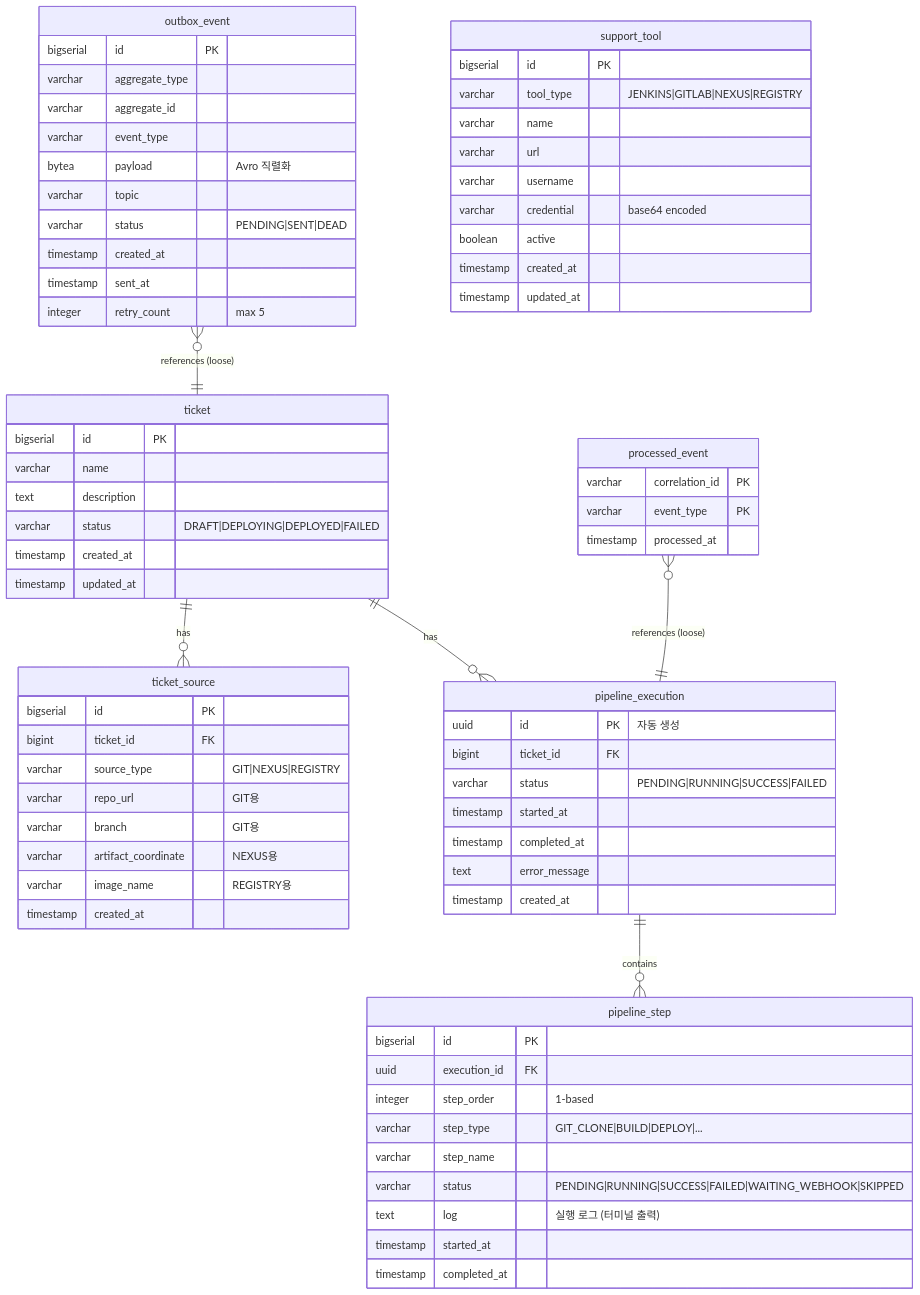
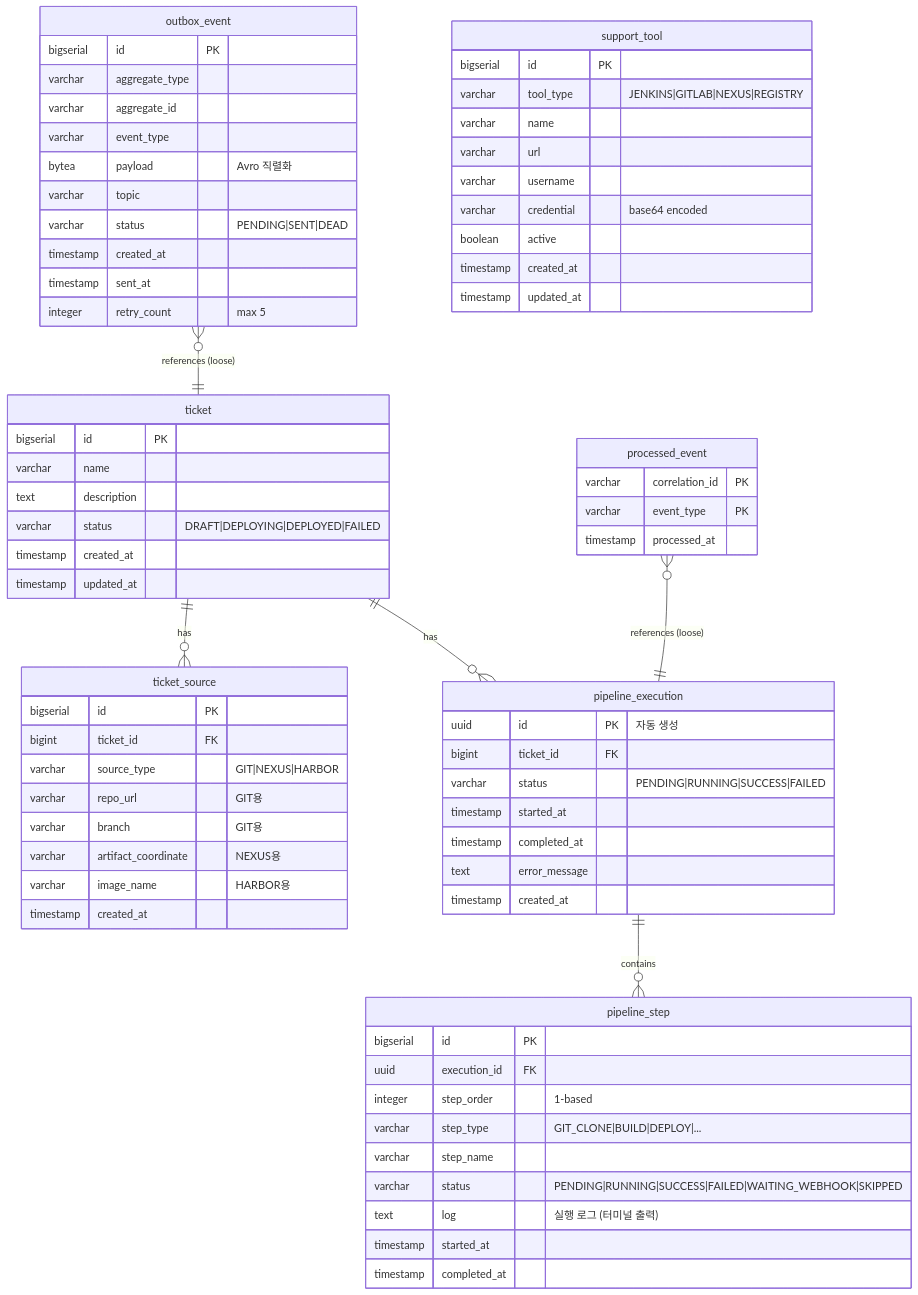
One commit to scofe97/Redpanda-PlayGround changed the diagram in docs/guide/project-deep-dive.md. Above: the diagram before and after it, drawn with Mermaid. The commit also changed other lines of this file, not shown here.

Commit message:
docs: Codex 리뷰 피드백 반영 (SourceType, 포트, Avro 스키마 정확성)

````diff
--- a/docs/guide/project-deep-dive.md
+++ b/docs/guide/project-deep-dive.md
@@ -93,81 +93,81 @@
 ```mermaid
 erDiagram
     ticket ||--o{ ticket_source : "has"
     ticket ||--o{ pipeline_execution : "has"
     pipeline_execution ||--o{ pipeline_step : "contains"
     outbox_event }o--|| ticket : "references (loose)"
     processed_event }o--|| pipeline_execution : "references (loose)"
 
     ticket {
         bigserial id PK
         varchar name
         text description
         varchar status "DRAFT|DEPLOYING|DEPLOYED|FAILED"
         timestamp created_at
         timestamp updated_at
     }
 
     ticket_source {
         bigserial id PK
         bigint ticket_id FK
-        varchar source_type "GIT|NEXUS|REGISTRY"
+        varchar source_type "GIT|NEXUS|HARBOR"
         varchar repo_url "GIT용"
         varchar branch "GIT용"
         varchar artifact_coordinate "NEXUS용"
-        varchar image_name "REGISTRY용"
+        varchar image_name "HARBOR용"
         timestamp created_at
     }
 
     pipeline_execution {
         uuid id PK "자동 생성"
         bigint ticket_id FK
         varchar status "PENDING|RUNNING|SUCCESS|FAILED"
         timestamp started_at
         timestamp completed_at
         text error_message
         timestamp created_at
     }
 
     pipeline_step {
         bigserial id PK
         uuid execution_id FK
         integer step_order "1-based"
         varchar step_type "GIT_CLONE|BUILD|DEPLOY|..."
         varchar step_name
         varchar status "PENDING|RUNNING|SUCCESS|FAILED|WAITING_WEBHOOK|SKIPPED"
         text log "실행 로그 (터미널 출력)"
         timestamp started_at
         timestamp completed_at
     }
 
     outbox_event {
         bigserial id PK
         varchar aggregate_type
         varchar aggregate_id
         varchar event_type
         bytea payload "Avro 직렬화"
         varchar topic
         varchar status "PENDING|SENT|DEAD"
         timestamp created_at
         timestamp sent_at
         integer retry_count "max 5"
     }
 
     processed_event {
         varchar correlation_id PK
         varchar event_type PK
         timestamp processed_at
     }
 
     support_tool {
         bigserial id PK
         varchar tool_type "JENKINS|GITLAB|NEXUS|REGISTRY"
         varchar name
         varchar url
         varchar username
         varchar credential "base64 encoded"
         boolean active
         timestamp created_at
         timestamp updated_at
     }
 ```
````
